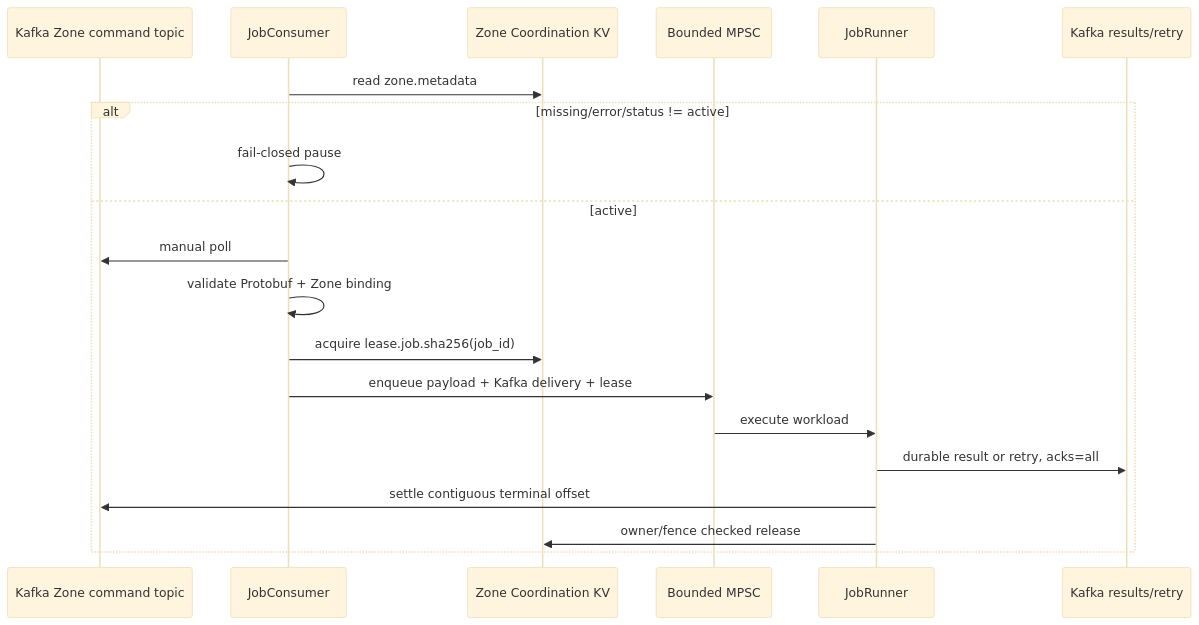
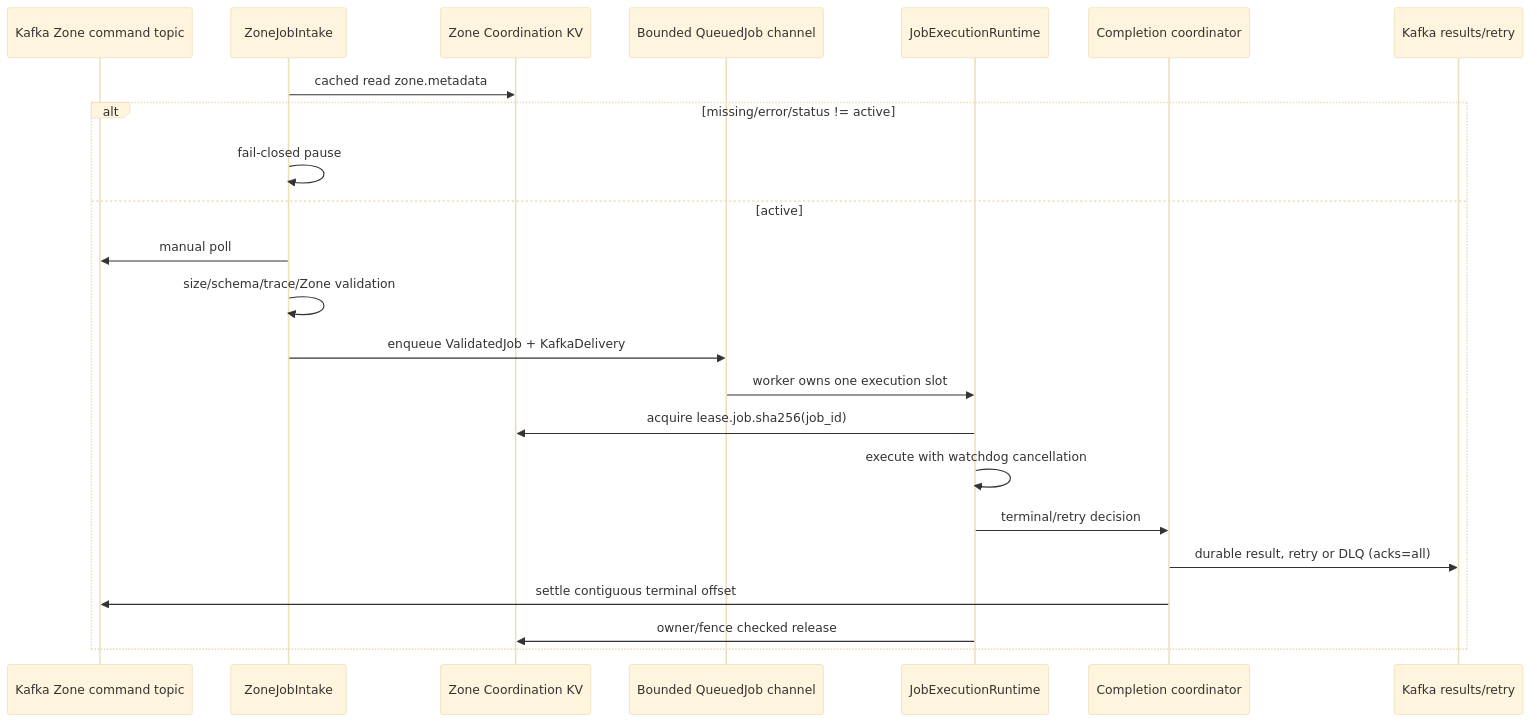
Before and after one commit to phucle996/aurora: the diagram in dataplane/README.md, drawn with Mermaid (base theme). The commit also changed other lines of this file and 62 other files, not shown here.

Commit message:
refactor: migrate job lifecycle to a new structured job_runtime module architecture

````diff
--- a/dataplane/README.md
+++ b/dataplane/README.md
@@ -37,23 +37,26 @@
 ```mermaid
 sequenceDiagram
     participant K as Kafka Zone command topic
-    participant JC as JobConsumer
+    participant I as ZoneJobIntake
     participant KV as Zone Coordination KV
-    participant Q as Bounded MPSC
-    participant JR as JobRunner
+    participant Q as Bounded QueuedJob channel
+    participant E as JobExecutionRuntime
+    participant C as Completion coordinator
     participant RK as Kafka results/retry
 
-    JC->>KV: read zone.metadata
+    I->>KV: cached read zone.metadata
     alt missing/error/status != active
-        JC->>JC: fail-closed pause
+        I->>I: fail-closed pause
     else active
-        JC->>K: manual poll
-        JC->>JC: validate Protobuf + Zone binding
-        JC->>KV: acquire lease.job.sha256(job_id)
-        JC->>Q: enqueue payload + Kafka delivery + lease
-        Q->>JR: execute workload
-        JR->>RK: durable result or retry, acks=all
-        JR->>K: settle contiguous terminal offset
-        JR->>KV: owner/fence checked release
+        I->>K: manual poll
+        I->>I: size/schema/trace/Zone validation
+        I->>Q: enqueue ValidatedJob + KafkaDelivery
+        Q->>E: worker owns one execution slot
+        E->>KV: acquire lease.job.sha256(job_id)
+        E->>E: execute with watchdog cancellation
+        E->>C: terminal/retry decision
+        C->>RK: durable result, retry or DLQ (acks=all)
+        C->>K: settle contiguous terminal offset
+        E->>KV: owner/fence checked release
     end
 ```
````
